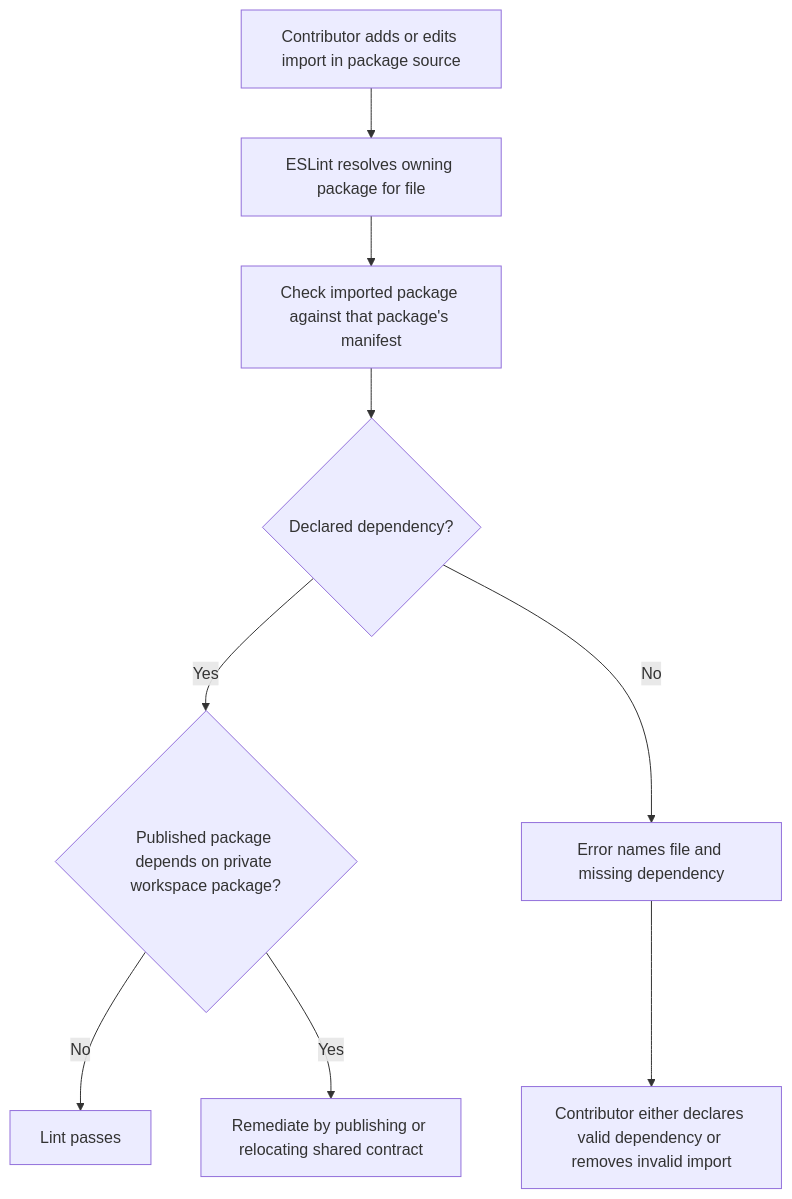
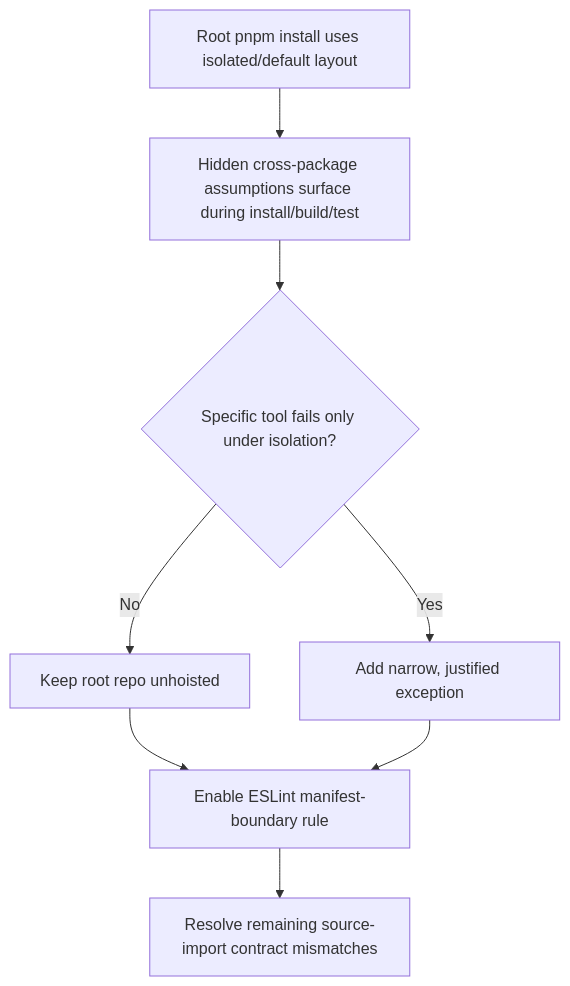
The first of 2 diagrams in docs/plans/2026-04-04-001-refactor-monorepo-import-boundaries-plan.md (pwrdrvr/microapps-core), drawn with Mermaid before and after one commit. The commit also changed other lines of this file, not shown here.

Commit message:
docs: update import-boundary plan for pnpm isolation

````diff
--- a/docs/plans/2026-04-04-001-refactor-monorepo-import-boundaries-plan.md
+++ b/docs/plans/2026-04-04-001-refactor-monorepo-import-boundaries-plan.md
@@ -106,11 +118,10 @@
 ```mermaid
 flowchart TB
-    A["Contributor adds or edits import in package source"] --> B["ESLint resolves owning package for file"]
-    B --> C["Check imported package against that package's manifest"]
-    C --> D{"Declared dependency?"}
-    D -- Yes --> E{"Published package depends on private workspace package?"}
-    E -- No --> F["Lint passes"]
-    E -- Yes --> G["Remediate by publishing or relocating shared contract"]
-    D -- No --> H["Error names file and missing dependency"]
-    H --> I["Contributor either declares valid dependency or removes invalid import"]
+    A["Root pnpm install uses isolated/default layout"] --> B["Hidden cross-package assumptions surface during install/build/test"]
+    B --> C{"Specific tool fails only under isolation?"}
+    C -- No --> D["Keep root repo unhoisted"]
+    C -- Yes --> E["Add narrow, justified exception"]
+    D --> F["Enable ESLint manifest-boundary rule"]
+    E --> F
+    F --> G["Resolve remaining source-import contract mismatches"]
 ```
````
